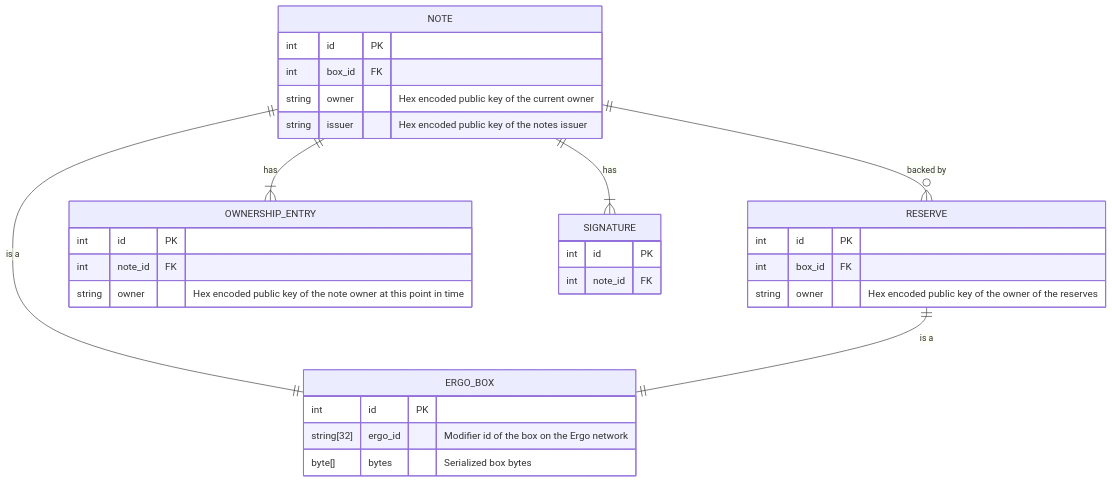
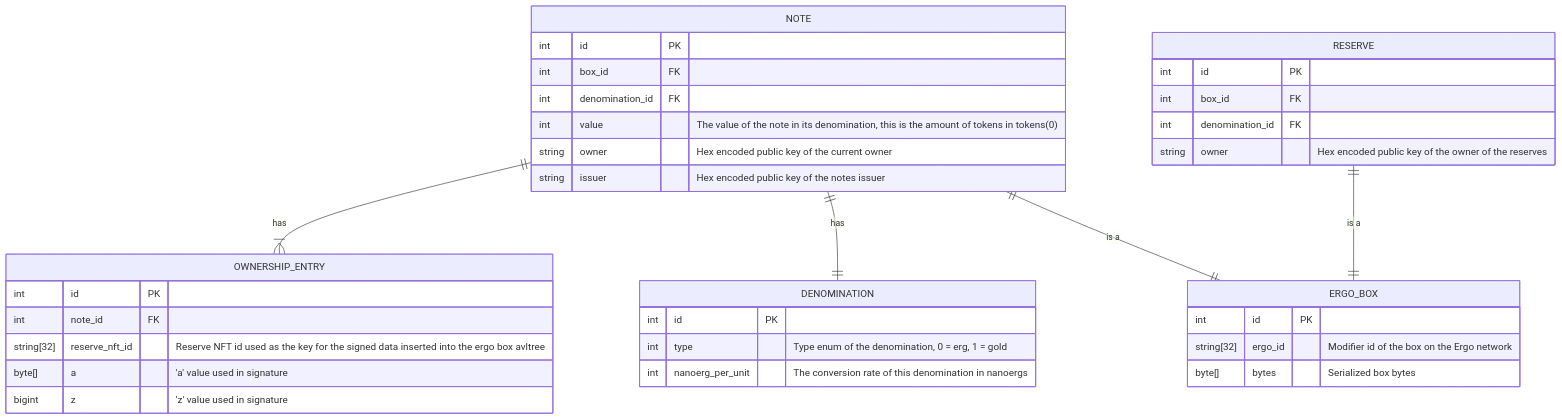
Before and after one commit to ChainCashLabs/chaincash-rs: the diagram in docs/MODEL.md, drawn with Mermaid. The commit also changed 34 other files, not shown here.

````diff
--- a/docs/MODEL.md
+++ b/docs/MODEL.md
@@ -5,33 +5,38 @@
 ```mermaid
 erDiagram
     NOTE {
         int id PK
         int box_id FK
+        int denomination_id FK
+        int value "The value of the note in its denomination, this is the amount of tokens in tokens(0)"
         string owner "Hex encoded public key of the current owner"
         string issuer "Hex encoded public key of the notes issuer"
     }
     RESERVE {
         int id PK
         int box_id FK
+        int denomination_id FK
         string owner "Hex encoded public key of the owner of the reserves"
     }
     ERGO_BOX {
         int id PK
         string[32] ergo_id "Modifier id of the box on the Ergo network"
         byte[] bytes "Serialized box bytes"
     }
     OWNERSHIP_ENTRY {
         int id PK
         int note_id FK
-        string owner "Hex encoded public key of the note owner at this point in time"
+        string[32] reserve_nft_id "Reserve NFT id used as the key for the signed data inserted into the ergo box avltree"
+        byte[] a "'a' value used in signature"
+        bigint z "'z' value used in signature"
     }
-    SIGNATURE {
+    DENOMINATION {
         int id PK
-        int note_id FK
+        int type "Type enum of the denomination, 0 = erg, 1 = gold"
+        int nanoerg_per_unit "The conversion rate of this denomination in nanoergs"
     }
-    NOTE ||--o{ RESERVE : "backed by"
     NOTE ||--|{ OWNERSHIP_ENTRY : "has"
-    NOTE ||--|{ SIGNATURE : "has"
+    NOTE ||--|| DENOMINATION : "has"
     NOTE ||--|| ERGO_BOX : "is a"
     RESERVE ||--|| ERGO_BOX : "is a"
 ```
````
